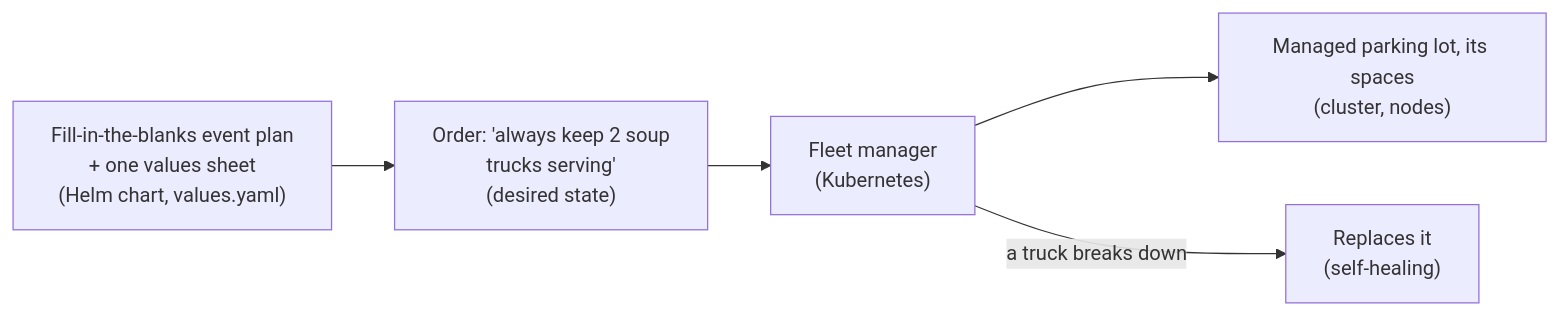
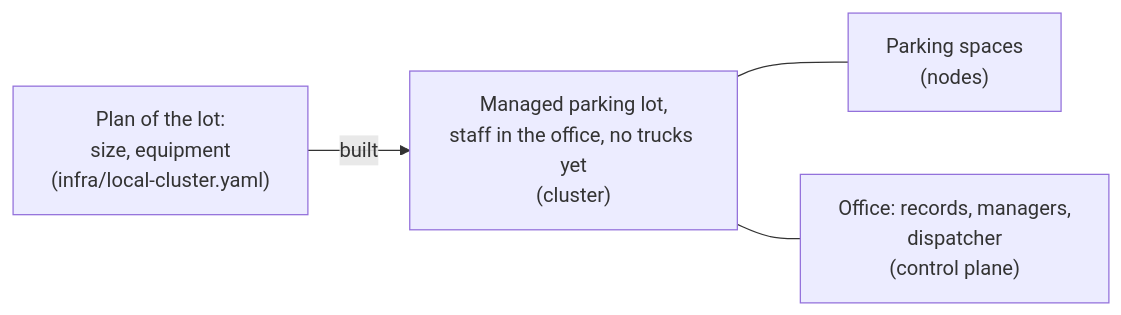
One commit to Bende-KBB/devops-lab changed the eighth of 9 diagrams in docs/explanation/analogy.md. Above: the diagram before and after it, drawn with Mermaid. The commit also changed other lines of this file and 5 other files, not shown here.

Commit message:
DL-41: Document the minimal cluster and Kubernetes basics

````diff
--- a/docs/explanation/analogy.md
+++ b/docs/explanation/analogy.md
@@ -112,7 +114,6 @@
 ```mermaid
 flowchart LR
-    ORD["Order: 'always keep 2 soup<br/>trucks serving'<br/>(desired state)"] --> FM["Fleet manager<br/>(Kubernetes)"]
-    FM --> LOT["Managed parking lot, its spaces<br/>(cluster, nodes)"]
-    FM -->|"a truck breaks down"| NEW["Replaces it<br/>(self-healing)"]
-    FORM["Fill-in-the-blanks event plan<br/>+ one values sheet<br/>(Helm chart, values.yaml)"] --> ORD
+    PLAN["Plan of the lot:<br/>size, equipment<br/>(infra/local-cluster.yaml)"] -->|"built"| LOT["Managed parking lot,<br/>staff in the office, no trucks yet<br/>(cluster)"]
+    LOT --- SP["Parking spaces<br/>(nodes)"]
+    LOT --- OFF["Office: records, managers,<br/>dispatcher<br/>(control plane)"]
 ```
````
